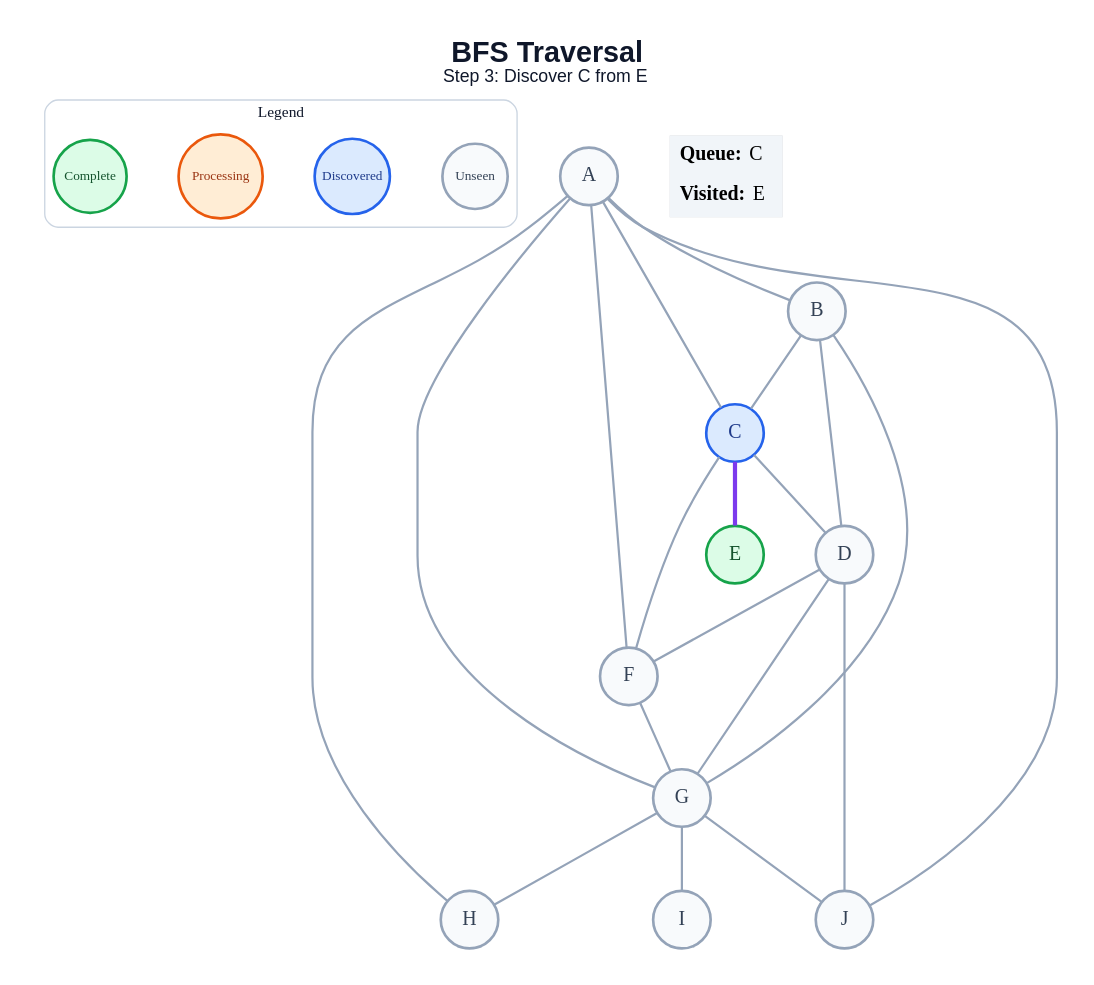
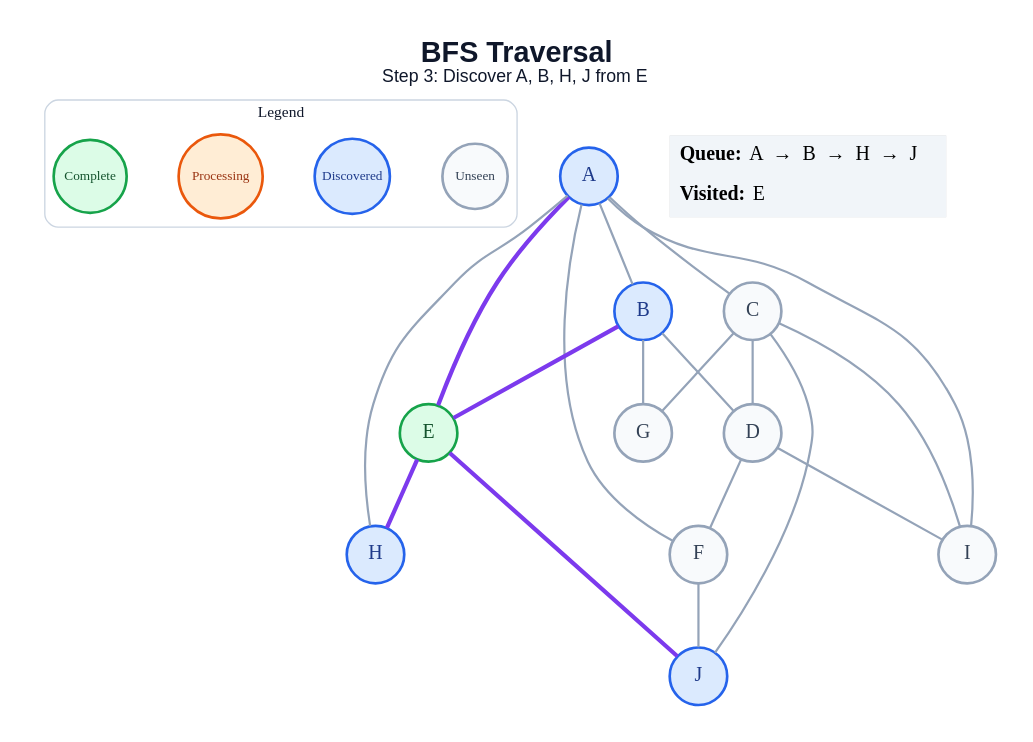
Before and after one commit to amanghodawala9/ai-slop: the diagram in generated/specific-node/bfs/step_03.dot, drawn with Graphviz. The commit also changed 178 other files, not shown here.

```diff
--- a/generated/specific-node/bfs/step_03.dot
+++ b/generated/specific-node/bfs/step_03.dot
@@ -1,48 +1,47 @@
 graph traversal {
   graph [layout=dot, rankdir=TB, bgcolor="#FFFFFF", pad="0.35", nodesep="0.65", ranksep="0.8", fontname="Arial"];
   node [shape=circle, style="filled", fontname="Arial Bold", fontsize=18, width=0.72, fixedsize=true, penwidth=2.4];
   edge [color="#94A3B8", penwidth=2.0];
-  label=<<B>BFS Traversal</B><BR/><FONT POINT-SIZE="16">Step 3: Discover C from E</FONT>>; labelloc="t"; fontsize=26; fontname="Arial"; fontcolor="#0F172A";
+  label=<<B>BFS Traversal</B><BR/><FONT POINT-SIZE="16">Step 3: Discover A, B, H, J from E</FONT>>; labelloc="t"; fontsize=26; fontname="Arial"; fontcolor="#0F172A";
   subgraph cluster_legend { label="Legend"; color="#CBD5E1"; penwidth=1.2; style="rounded"; fontsize=14; fontname="Arial Bold";
     key_unseen [label="Unseen", fillcolor="#F8FAFC", color="#94A3B8", fontcolor="#334155", fontsize=12, width=0.82];
     key_frontier [label="Discovered", fillcolor="#DBEAFE", color="#2563EB", fontcolor="#1E3A8A", fontsize=12, width=0.95];
     key_current [label="Processing", fillcolor="#FFEDD5", color="#EA580C", fontcolor="#9A3412", fontsize=12, width=1.05];
     key_done [label="Complete", fillcolor="#DCFCE7", color="#16A34A", fontcolor="#14532D", fontsize=12, width=0.92];
     { rank=same; key_unseen; key_frontier; key_current; key_done; }
   }
-  A [fillcolor="#F8FAFC", color="#94A3B8", fontcolor="#334155"];
-  B [fillcolor="#F8FAFC", color="#94A3B8", fontcolor="#334155"];
-  C [fillcolor="#DBEAFE", color="#2563EB", fontcolor="#1E3A8A"];
+  A [fillcolor="#DBEAFE", color="#2563EB", fontcolor="#1E3A8A"];
+  B [fillcolor="#DBEAFE", color="#2563EB", fontcolor="#1E3A8A"];
+  C [fillcolor="#F8FAFC", color="#94A3B8", fontcolor="#334155"];
   D [fillcolor="#F8FAFC", color="#94A3B8", fontcolor="#334155"];
   E [fillcolor="#DCFCE7", color="#16A34A", fontcolor="#14532D"];
   F [fillcolor="#F8FAFC", color="#94A3B8", fontcolor="#334155"];
   G [fillcolor="#F8FAFC", color="#94A3B8", fontcolor="#334155"];
-  H [fillcolor="#F8FAFC", color="#94A3B8", fontcolor="#334155"];
+  H [fillcolor="#DBEAFE", color="#2563EB", fontcolor="#1E3A8A"];
   I [fillcolor="#F8FAFC", color="#94A3B8", fontcolor="#334155"];
-  J [fillcolor="#F8FAFC", color="#94A3B8", fontcolor="#334155"];
+  J [fillcolor="#DBEAFE", color="#2563EB", fontcolor="#1E3A8A"];
   A -- B;
   A -- C;
+  A -- E [color="#7C3AED", penwidth=3.8];
   A -- F;
-  A -- G;
   A -- H;
-  A -- J;
-  B -- C;
+  A -- I;
   B -- D;
+  B -- E [color="#7C3AED", penwidth=3.8];
   B -- G;
   C -- D;
-  C -- E [color="#7C3AED", penwidth=3.8];
-  C -- F;
+  C -- G;
+  C -- I;
+  C -- J;
   D -- F;
-  D -- G;
-  D -- J;
-  F -- G;
-  G -- H;
-  G -- I;
-  G -- J;
+  D -- I;
+  E -- H [color="#7C3AED", penwidth=3.8];
+  E -- J [color="#7C3AED", penwidth=3.8];
+  F -- J;
   status [shape=plain, fixedsize=false, width=0, height=0, margin=0, label=<
     <TABLE BORDER="0" CELLBORDER="0" CELLPADDING="7" BGCOLOR="#F1F5F9">
-      <TR><TD ALIGN="LEFT"><B>Queue:</B> C</TD></TR>
+      <TR><TD ALIGN="LEFT"><B>Queue:</B> A  →  B  →  H  →  J</TD></TR>
       <TR><TD ALIGN="LEFT"><B>Visited:</B> E</TD></TR>
     </TABLE>
   >];
 }
```
